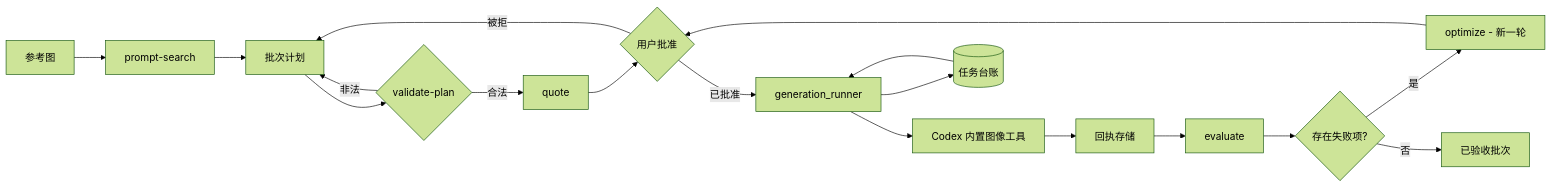
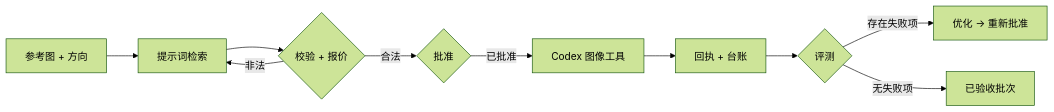
The diagram in README.zh-CN.md (full-aigc-plugins/image-factory-plugin), drawn with Mermaid (forest theme) before and after one commit. The commit also changed other lines of this file and 3 other files, not shown here.

````diff
--- a/README.zh-CN.md
+++ b/README.zh-CN.md
@@ -115,20 +150,12 @@
 ```mermaid
 flowchart LR
-    A[参考图] --> B[prompt-search]
-    B --> C[批次计划]
-    C --> D{validate-plan}
-    D -->|非法| C
-    D -->|合法| E[quote]
-    E --> F{用户批准}
-    F -->|被拒| C
-    F -->|已批准| G[generation_runner]
-    G --> H[Codex 内置图像工具]
-    H --> I[回执存储]
-    I --> J[evaluate]
-    J --> K{存在失败项?}
-    K -->|是| L[optimize - 新一轮]
-    L --> F
-    K -->|否| M[已验收批次]
-    G --> N[(任务台账)]
-    N --> G
+    A[参考图 + 方向] --> B[提示词检索]
+    B --> C{校验 + 报价}
+    C -->|非法| B
+    C -->|合法| D{批准}
+    D -->|已批准| E[Codex 图像工具]
+    E --> F[回执 + 台账]
+    F --> G{评测}
+    G -->|存在失败项| H[优化 → 重新批准]
+    G -->|无失败项| I[已验收批次]
 ```
````
